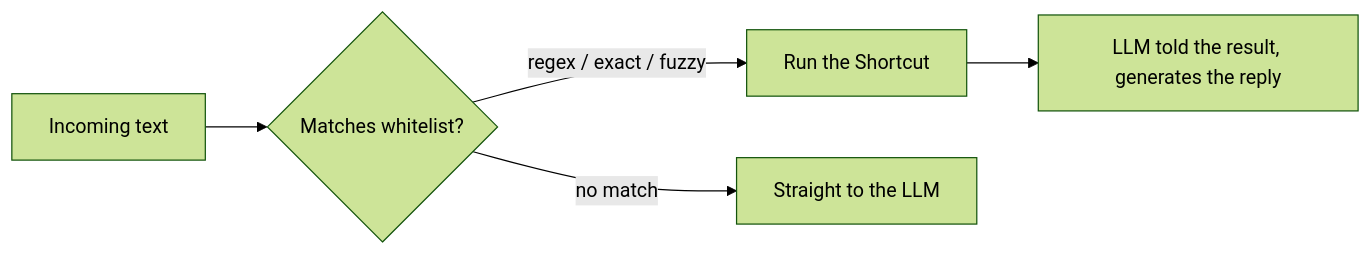
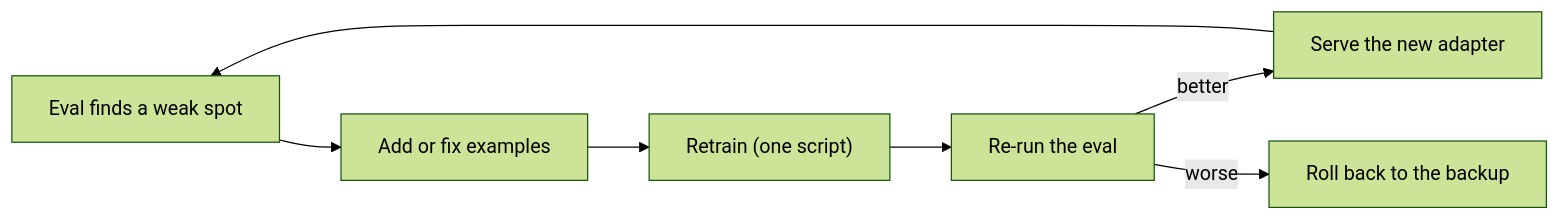
Before and after one commit to davidalex89/OpenTARS: the second of 7 diagrams in README.md, drawn with Mermaid (forest theme). The commit also changed other lines of this file, not shown here.

First line of the commit message:
Rewrite README as a design and architecture history

````diff
--- a/README.md
+++ b/README.md
@@ -145,7 +219,9 @@
 ```mermaid
 flowchart LR
-  Q["Incoming text"] --> M{"Matches whitelist?"}
-  M -->|regex / exact / fuzzy| RUN["Run the Shortcut"]
-  M -->|no match| LLM["Straight to the LLM"]
-  RUN --> LLM2["LLM told the result, generates the reply"]
+  E["Eval finds a weak spot"] --> A["Add or fix examples"]
+  A --> R["Retrain (one script)"]
+  R --> T["Re-run the eval"]
+  T -->|better| S["Serve the new adapter"]
+  T -->|worse| B["Roll back to the backup"]
+  S --> E
 ```
````
